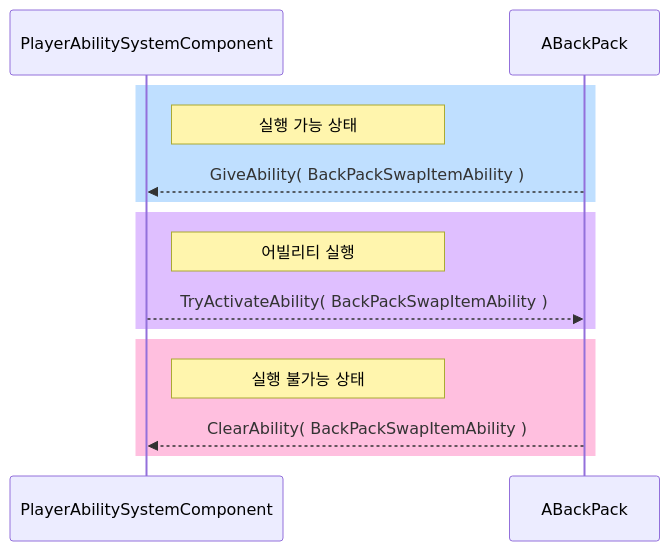
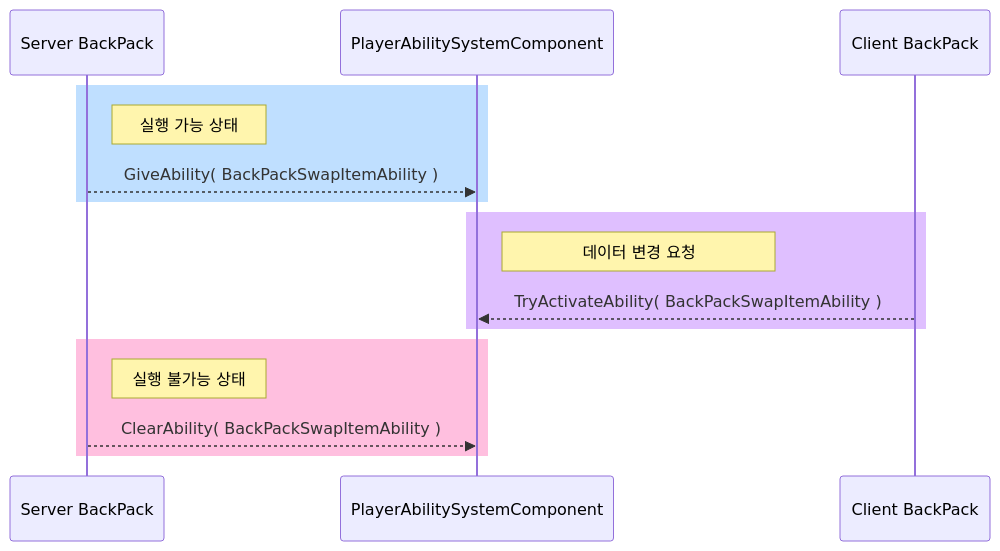
Before and after one commit to antae714/antae714.github.io: the third of 3 diagrams in _posts/UnrealProject/ProblemSolving/2025-08-09-ObjectsWithoutOwnership.md, drawn with Mermaid.

````diff
--- a/_posts/UnrealProject/ProblemSolving/2025-08-09-ObjectsWithoutOwnership.md
+++ b/_posts/UnrealProject/ProblemSolving/2025-08-09-ObjectsWithoutOwnership.md
@@ -61,20 +61,21 @@
 ```mermaid
 sequenceDiagram
-    participant PlayerAbilitySystemComponent
-    participant ABackPack
+    participant Server as Server BackPack
+    participant ASC as PlayerAbilitySystemComponent
+    participant Client as Client BackPack
 
     rect rgb(191, 223, 255)
-    Note right of PlayerAbilitySystemComponent: 실행 가능 상태
-    ABackPack -->> PlayerAbilitySystemComponent: GiveAbility( BackPackSwapItemAbility )
+    Note right of Server: 실행 가능 상태
+    Server -->> ASC: GiveAbility( BackPackSwapItemAbility )
     end
     
     rect rgb(223, 191, 255)
-    Note right of PlayerAbilitySystemComponent: 어빌리티 실행
-    PlayerAbilitySystemComponent -->> ABackPack: TryActivateAbility( BackPackSwapItemAbility )
+    Note right of ASC: 데이터 변경 요청
+    Client -->> ASC: TryActivateAbility( BackPackSwapItemAbility )
     end
     
     rect rgb(255, 191, 223)
-    Note right of PlayerAbilitySystemComponent: 실행 불가능 상태
-    ABackPack -->> PlayerAbilitySystemComponent: ClearAbility( BackPackSwapItemAbility )
+    Note right of Server: 실행 불가능 상태
+    Server -->> ASC: ClearAbility( BackPackSwapItemAbility )
     end
 ```
````
